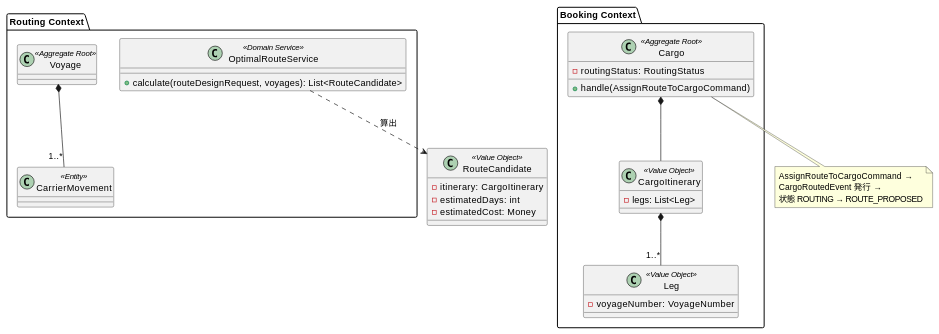
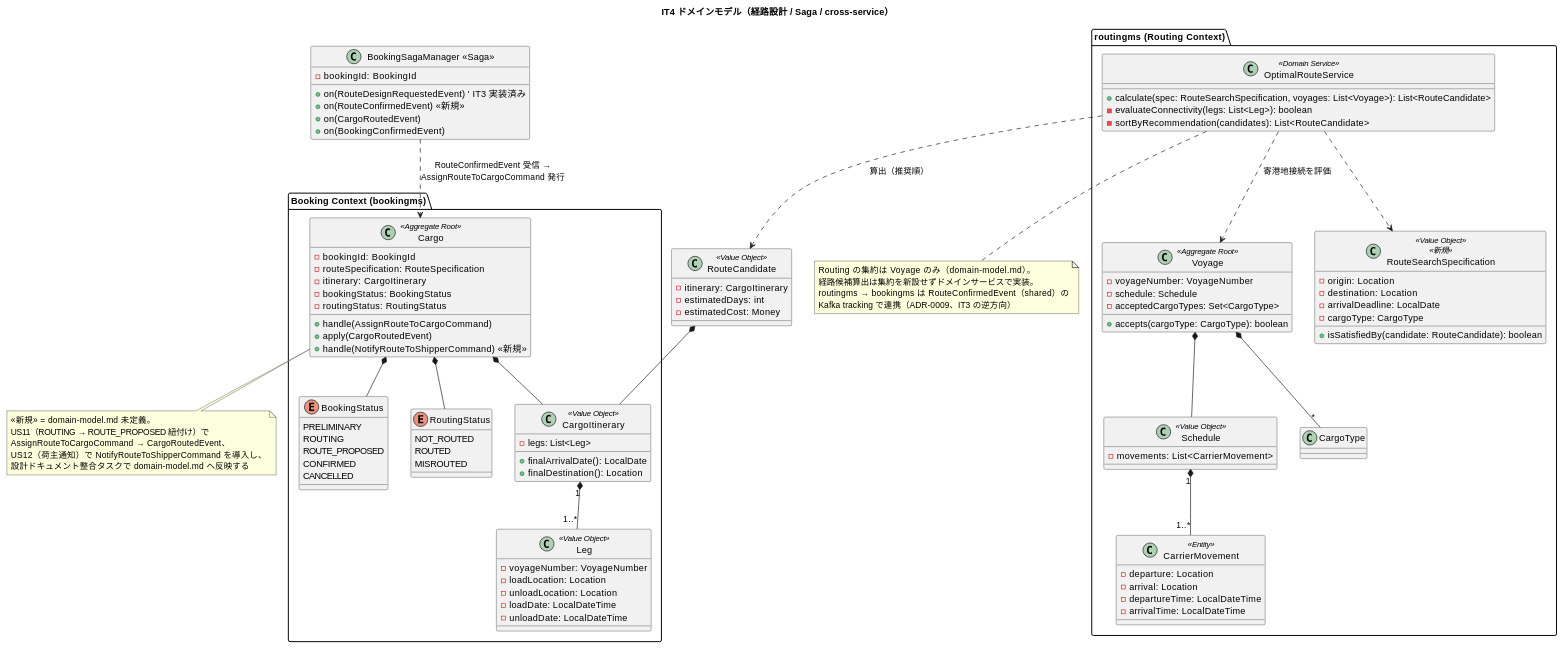
The third of 8 diagrams in docs/development/iteration_plan-4.md (k2works/case-study-cargo-tracker), drawn with PlantUML before and after one commit. The commit also changed other lines of this file, not shown here.

````diff
--- a/docs/development/iteration_plan-4.md
+++ b/docs/development/iteration_plan-4.md
@@ -253,27 +257,93 @@
 ```plantuml
 @startuml
-package "Routing Context" {
-  class Voyage <<Aggregate Root>>
-  class CarrierMovement <<Entity>>
+title IT4 ドメインモデル（経路設計 / Saga / cross-service）
+
+package "routingms (Routing Context)" {
+
+  class Voyage <<Aggregate Root>> {
+    - voyageNumber: VoyageNumber
+    - schedule: Schedule
+    - acceptedCargoTypes: Set<CargoType>
+    + accepts(cargoType: CargoType): boolean
+  }
+
+  class Schedule <<Value Object>> {
+    - movements: List<CarrierMovement>
+  }
+
+  class CarrierMovement <<Entity>> {
+    - departure: Location
+    - arrival: Location
+    - departureTime: LocalDateTime
+    - arrivalTime: LocalDateTime
+  }
+
   class OptimalRouteService <<Domain Service>> {
-    + calculate(routeDesignRequest, voyages): List<RouteCandidate>
+    + calculate(spec: RouteSearchSpecification, voyages: List<Voyage>): List<RouteCandidate>
+    - evaluateConnectivity(legs: List<Leg>): boolean
+    - sortByRecommendation(candidates): List<RouteCandidate>
   }
-  Voyage *-- "1..*" CarrierMovement
+
+  class RouteSearchSpecification <<Value Object>> <<新規>> {
+    - origin: Location
+    - destination: Location
+    - arrivalDeadline: LocalDate
+    - cargoType: CargoType
+    + isSatisfiedBy(candidate: RouteCandidate): boolean
+  }
+
+  Voyage *-- Schedule
+  Schedule "1" *-- "1..*" CarrierMovement
+  Voyage *-- "*" CargoType
+  OptimalRouteService ..> Voyage : 寄港地接続を評価
+  OptimalRouteService ..> RouteSearchSpecification
 }
 
-package "Booking Context" {
+package "Booking Context (bookingms)" {
+
   class Cargo <<Aggregate Root>> {
+    - bookingId: BookingId
+    - routeSpecification: RouteSpecification
+    - itinerary: CargoItinerary
+    - bookingStatus: BookingStatus
     - routingStatus: RoutingStatus
     + handle(AssignRouteToCargoCommand)
+    + apply(CargoRoutedEvent)
+    + handle(NotifyRouteToShipperCommand) <<新規>>
   }
+
   class CargoItinerary <<Value Object>> {
     - legs: List<Leg>
+    + finalArrivalDate(): LocalDate
+    + finalDestination(): Location
   }
+
   class Leg <<Value Object>> {
     - voyageNumber: VoyageNumber
+    - loadLocation: Location
+    - unloadLocation: Location
+    - loadDate: LocalDateTime
+    - unloadDate: LocalDateTime
   }
+
+  enum BookingStatus {
+    PRELIMINARY
+    ROUTING
+    ROUTE_PROPOSED
+    CONFIRMED
+    CANCELLED
+  }
+
+  enum RoutingStatus {
+    NOT_ROUTED
+    ROUTED
+    MISROUTED
+  }
+
   Cargo *-- CargoItinerary
-  CargoItinerary *-- "1..*" Leg
+  Cargo *-- BookingStatus
+  Cargo *-- RoutingStatus
+  CargoItinerary "1" *-- "1..*" Leg
 }
 
 class RouteCandidate <<Value Object>> {
@@ -282,7 +352,31 @@
   - estimatedCost: Money
 }
 
-OptimalRouteService ..> RouteCandidate : 算出
-note bottom of Cargo : AssignRouteToCargoCommand →\nCargoRoutedEvent 発行 →\n状態 ROUTING → ROUTE_PROPOSED
+class "BookingSagaManager <<Saga>>" as Saga {
+  - bookingId: BookingId
+  + on(RouteDesignRequestedEvent)  ' IT3 実装済み
+  + on(RouteConfirmedEvent) <<新規>>
+  + on(CargoRoutedEvent)
+  + on(BookingConfirmedEvent)
+}
+
+OptimalRouteService ..> RouteCandidate : 算出（推奨順）
+Saga ..> Cargo : RouteConfirmedEvent 受信 →\nAssignRouteToCargoCommand 発行
+RouteCandidate *-- CargoItinerary
+
+note bottom of Cargo
+  <<新規>> = domain-model.md 未定義。
+  US11（ROUTING → ROUTE_PROPOSED 紐付け）で
+  AssignRouteToCargoCommand → CargoRoutedEvent、
+  US12（荷主通知）で NotifyRouteToShipperCommand を導入し、
+  設計ドキュメント整合タスクで domain-model.md へ反映する
+end note
+
+note bottom of OptimalRouteService
+  Routing の集約は Voyage のみ（domain-model.md）。
+  経路候補算出は集約を新設せずドメインサービスで実装。
+  routingms → bookingms は RouteConfirmedEvent（shared）の
+  Kafka tracking で連携（ADR-0009、IT3 の逆方向）
+end note
 @enduml
 ```
````
